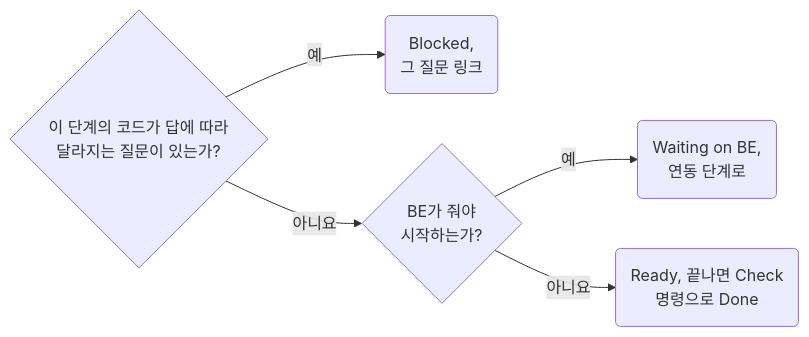
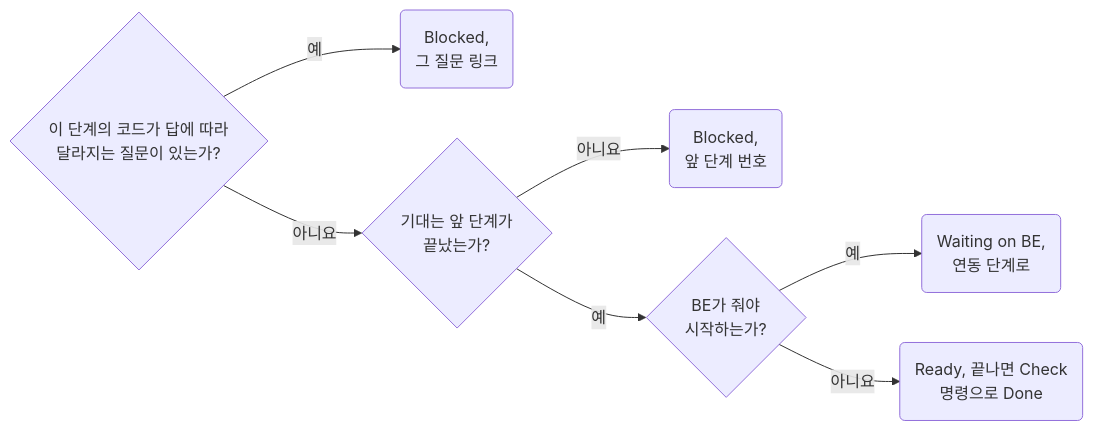
The diagram in skill/blueprint/rules/05-01-stage-split-work-into-gated-stages.md (nomeehej/agent-conventions), drawn with Mermaid before and after one commit. The commit also changed other lines of this file and 62 other files, not shown here.

````diff
--- a/skill/blueprint/rules/05-01-stage-split-work-into-gated-stages.md
+++ b/skill/blueprint/rules/05-01-stage-split-work-into-gated-stages.md
@@ -18,6 +19,7 @@
 ```mermaid
 flowchart LR
 	q1{"이 단계의 코드가 답에 따라<br>달라지는 질문이 있는가?"} -- 예 --> r1("Blocked,<br>그 질문 링크")
-	q1 -- 아니요 --> q2{"BE가 줘야<br>시작하는가?"} -- 예 --> r2("Waiting on BE,<br>연동 단계로")
-	q2 -- 아니요 --> r3("Ready, 끝나면 Check<br>명령으로 Done")
+	q1 -- 아니요 --> q2{"기대는 앞 단계가<br>끝났는가?"} -- 아니요 --> r2("Blocked,<br>앞 단계 번호")
+	q2 -- 예 --> q3{"BE가 줘야<br>시작하는가?"} -- 예 --> r3("Waiting on BE,<br>연동 단계로")
+	q3 -- 아니요 --> r4("Ready, 끝나면 Check<br>명령으로 Done")
 ```
````
